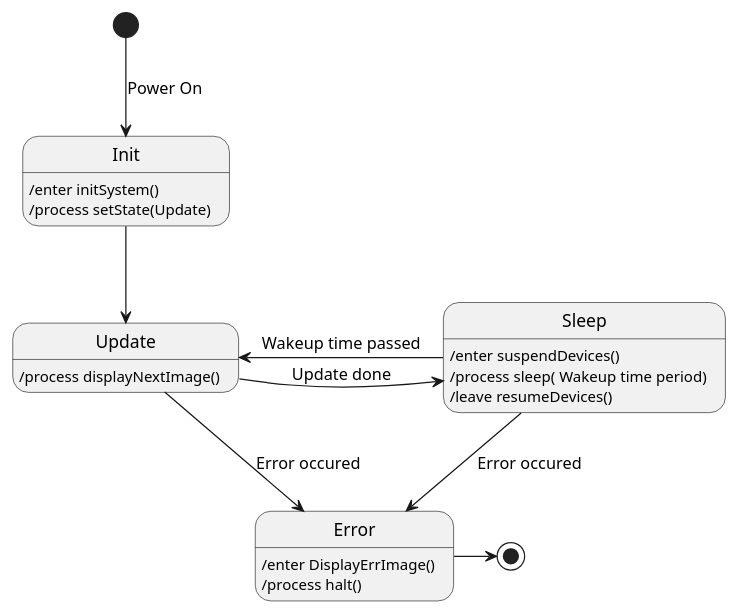
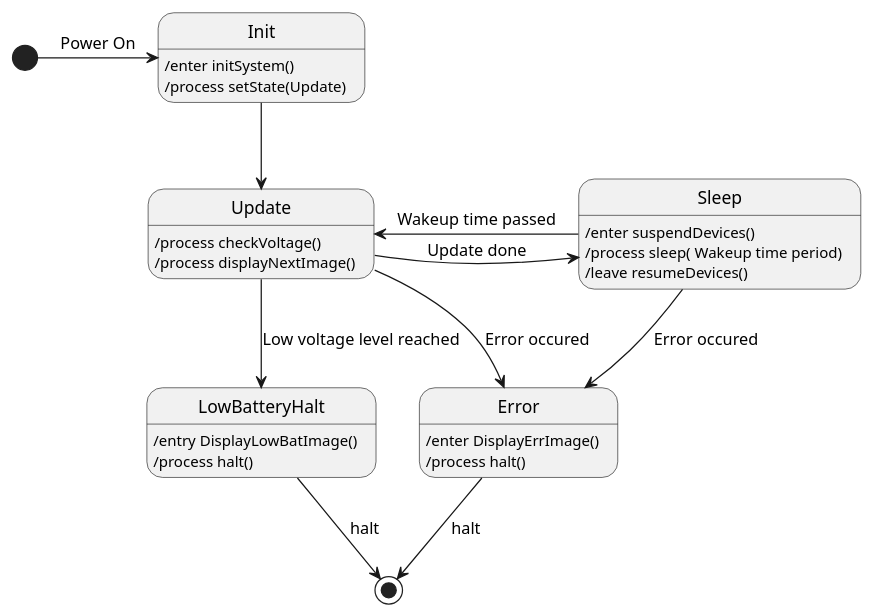
Before and after one commit to nhjschulz/EInkPicFrame: the diagram in design/plantuml/StateMachine.plantuml, drawn with PlantUML. The commit also changed 2 other files, not shown here.

Commit message:
Design: Added Low Battery detection

```diff
--- a/design/plantuml/StateMachine.plantuml
+++ b/design/plantuml/StateMachine.plantuml
@@ -1,26 +1,31 @@
 @startuml StateMachine
 
-[*] --> Init : Power On
+[*] -r-> Init : Power On
 Init -->  Update
 
 Update -> Sleep : Update done
 Sleep -l> Update : Wakeup time passed
 
 Update -d-> Error : Error occured
 Sleep -d-> Error : Error occured
 
-Error -> [*]
-
+Update --> LowBatteryHalt : Low voltage level reached
+Error -d-> [*] : halt
+LowBatteryHalt -d->[*] : halt
 Init: /enter initSystem()
 Init: /process setState(Update)
 
 Error: /enter DisplayErrImage()
 Error: /process halt()
 
+Update: /process checkVoltage()
 Update: /process displayNextImage()
 
 Sleep: /enter suspendDevices()
 Sleep: /process sleep( Wakeup time period)
 Sleep: /leave resumeDevices()
 
+LowBatteryHalt: /entry DisplayLowBatImage()
+LowBatteryHalt: /process halt()
+
 @enduml
```
